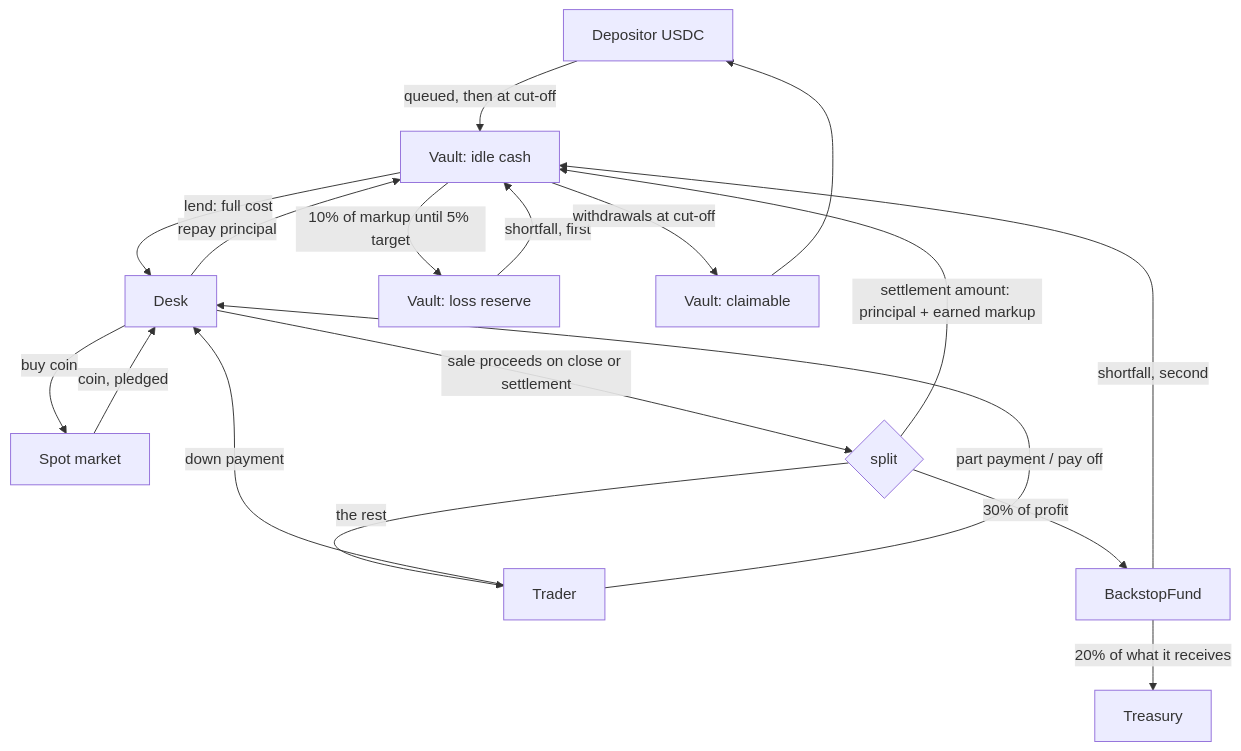
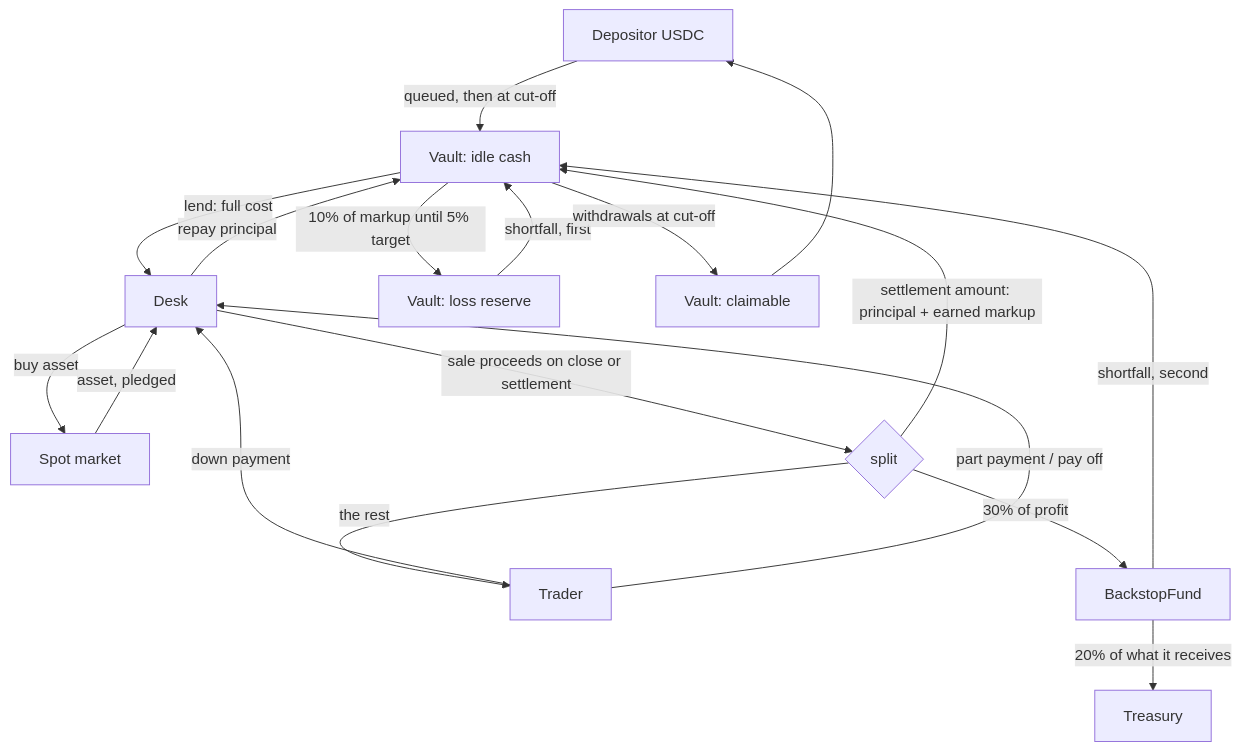
Before and after one commit to smitrajput/sacred-protocol: the second of 3 diagrams in README.md, drawn with Mermaid. The commit also changed other lines of this file and 85 other files, not shown here.

````diff
--- a/README.md
+++ b/README.md
@@ -85,18 +85,18 @@
 ```mermaid
 flowchart TD
   D[Depositor USDC] -->|queued, then at cut-off| IDLE[Vault: idle cash]
   IDLE -->|lend: full cost| DK[Desk]
-  DK -->|buy coin| MKT[Spot market]
-  MKT -->|coin, pledged| DK
+  DK -->|buy asset| MKT[Spot market]
+  MKT -->|asset, pledged| DK
   T[Trader] -->|down payment| DK -->|repay principal| IDLE
   T -->|part payment / pay off| DK
   DK -->|sale proceeds on close or settlement| SPLIT{split}
   SPLIT -->|settlement amount: principal + earned markup| IDLE
   SPLIT -->|30% of profit| F[BackstopFund]
   SPLIT -->|the rest| T
   IDLE -->|10% of markup until 5% target| RES[Vault: loss reserve]
   RES -->|shortfall, first| IDLE
   F -->|shortfall, second| IDLE
   F -->|20% of what it receives| TR[Treasury]
   IDLE -->|withdrawals at cut-off| CLAIM[Vault: claimable] --> D
 ```
````
